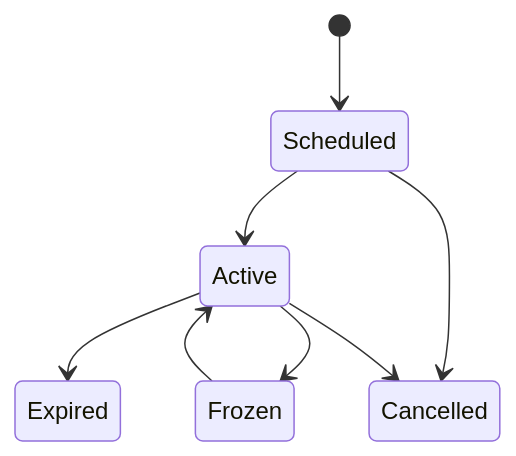
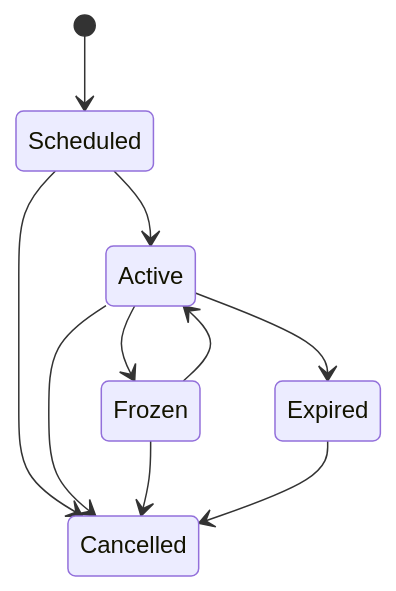
Before and after one commit to salah1seleem/academy-management-platform: the fourth of 4 diagrams in docs/architecture/DOMAIN_MODEL_v1.0.md, drawn with Mermaid. The commit also changed other lines of this file and 25 other files, not shown here.

````diff
--- a/docs/architecture/DOMAIN_MODEL_v1.0.md
+++ b/docs/architecture/DOMAIN_MODEL_v1.0.md
@@ -102,10 +103,12 @@
 ```mermaid
 stateDiagram-v2
   [*] --> Scheduled
   Scheduled --> Active
   Active --> Frozen
   Frozen --> Active
   Active --> Expired
   Scheduled --> Cancelled
   Active --> Cancelled
+  Frozen --> Cancelled
+  Expired --> Cancelled
 ```
````
